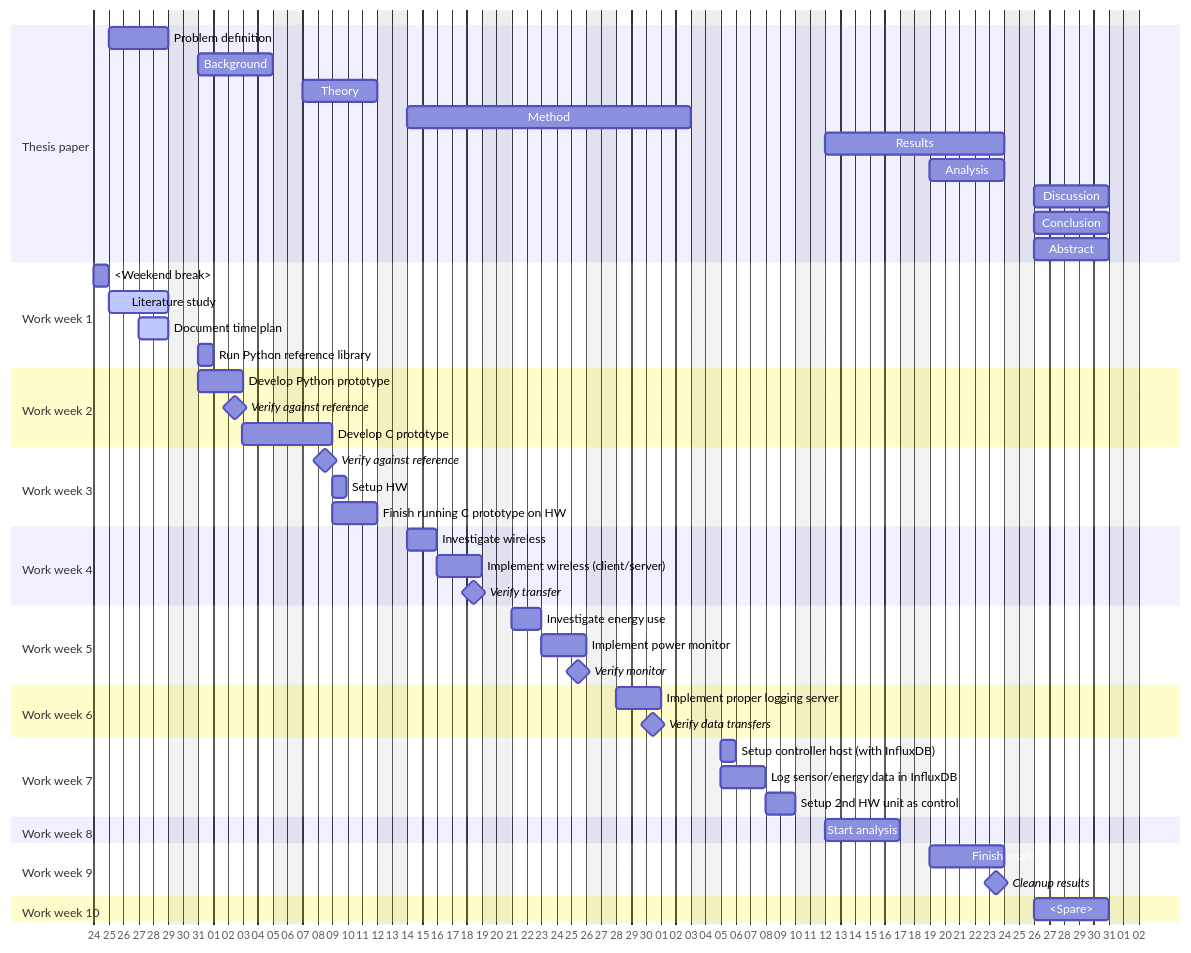
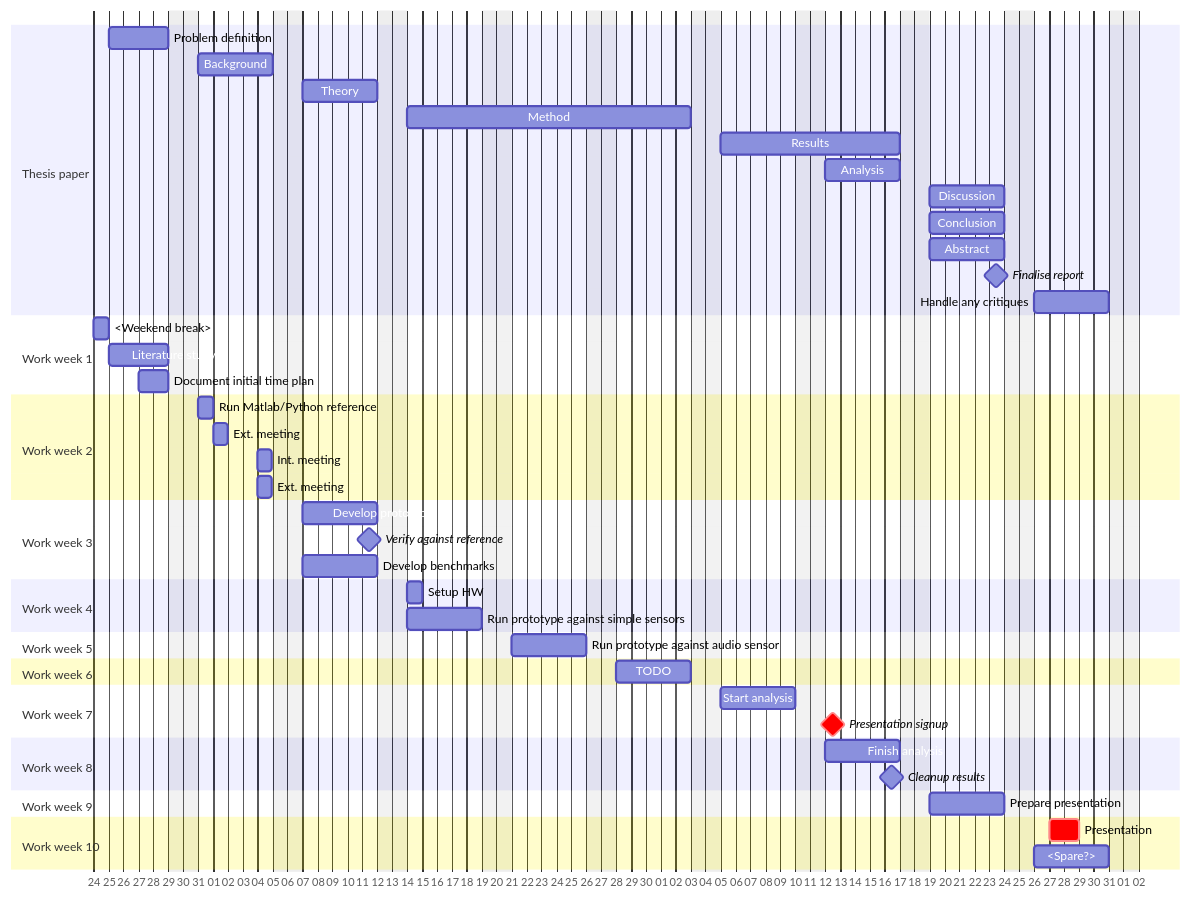
Before and after one commit to lmas/thesis: the diagram in time.md, drawn with Mermaid. The commit also changed other lines of this file and 4 other files, not shown here.

````diff
--- a/time.md
+++ b/time.md
@@ -18,74 +18,71 @@
 ```mermaid
 gantt
-dateFormat  MM-DD
-excludes saturday, sunday
-weekday monday
-tickInterval 1day
-axisFormat %d
+    dateFormat  MM-DD
+    excludes saturday, sunday
+    weekday monday
+    tickInterval 1day
+    axisFormat %d
 
 %% BUG: can't use 1d milestones on fridays?? Had to use 23h instead
-
-%% TODO: insert final presentation??
 
 section Thesis paper
     Problem definition: 03-25, 4d
 
     Background: 5d
 
     Theory: 5d
 
     Method: 15d
     
-    Results: 05-12, 10d
+    Results: 05-05, 10d
 
-    Analysis: 05-19, 5d   
+    Analysis: 05-12, 5d   
 
-    Discussion:05-26, 5d
-    Conclusion: 05-26, 5d
-    Abstract: 05-26, 5d
+    Discussion:05-19, 5d
+    Conclusion: 05-19, 5d
+    Abstract: 05-19, 5d
+    Finalise report: milestone, 05-23, 23h
+
+    Handle any critiques: 05-26, 5d
 
 section Work week 1
     <Weekend break>: 03-24, 1d
-    Literature study: active, 03-25, 4d
-    Document time plan: active, 03-27, 2d
-    Run Python reference library: 1d
+    Literature study: 03-25, 4d
+    Document initial time plan: 03-27, 2d
 
 section Work week 2
-    Develop Python prototype: 03-31, 3d
-    Verify against reference: milestone, 04-02, 23h
-    Develop C prototype: 4d
+    Run Matlab/Python reference: 03-31, 1d
+    Ext. meeting: 04-01, 23h
+    Int. meeting: 04-04, 23h
+    Ext. meeting: 04-04, 23h
 
 section Work week 3
-    Verify against reference: milestone, 04-08, 23h
-    Setup HW: 1d
-    Finish running C prototype on HW: 04-09, 3d
+    Develop prototype: 04-07, 5d
+    Verify against reference: milestone, 04-11, 23h
+    Develop benchmarks: 04-07, 5d
 
 section Work week 4
-    Investigate wireless: 2d
-    Implement wireless (client/server): 3d
-    Verify transfer: milestone, 04-18, 23h
+    Setup HW: 04-14, 1d
+    Run prototype against simple sensors: 04-14, 5d
 
 section Work week 5
-    Investigate energy use: 04-21, 2d
-    Implement power monitor: 3d
-    Verify monitor: milestone, 04-25, 23h
+    Run prototype against audio sensor: 04-21, 5d
 
 section Work week 6
-    Implement proper logging server:04-28,  3d
-    Verify data transfers: milestone, 04-30, 23h
+    TODO: 5d
 
 section Work week 7
-    Setup controller host (with InfluxDB): 05-05, 1d
-    Log sensor/energy data in InfluxDB: 05-05, 3d
-    Setup 2nd HW unit as control: 2d
+    Start analysis: 05-05, 5d
+    Presentation signup: crit, milestone, 05-12, 1d
 
 section Work week 8
-    Start analysis: 5d
+    Finish analysis: 05-12, 5d
+    Cleanup results: milestone, 05-16, 23h
 
 section Work week 9
-    Finish analysis: 5d
-    Cleanup results: milestone, 05-23, 23h
+    Prepare presentation: 05-19, 5d
 
 section Work week 10
-    <Spare>: 05-26, 5d
+    Presentation: crit, 05-27, 2d
+    <Spare?>: 05-26, 5d
 ```
````
